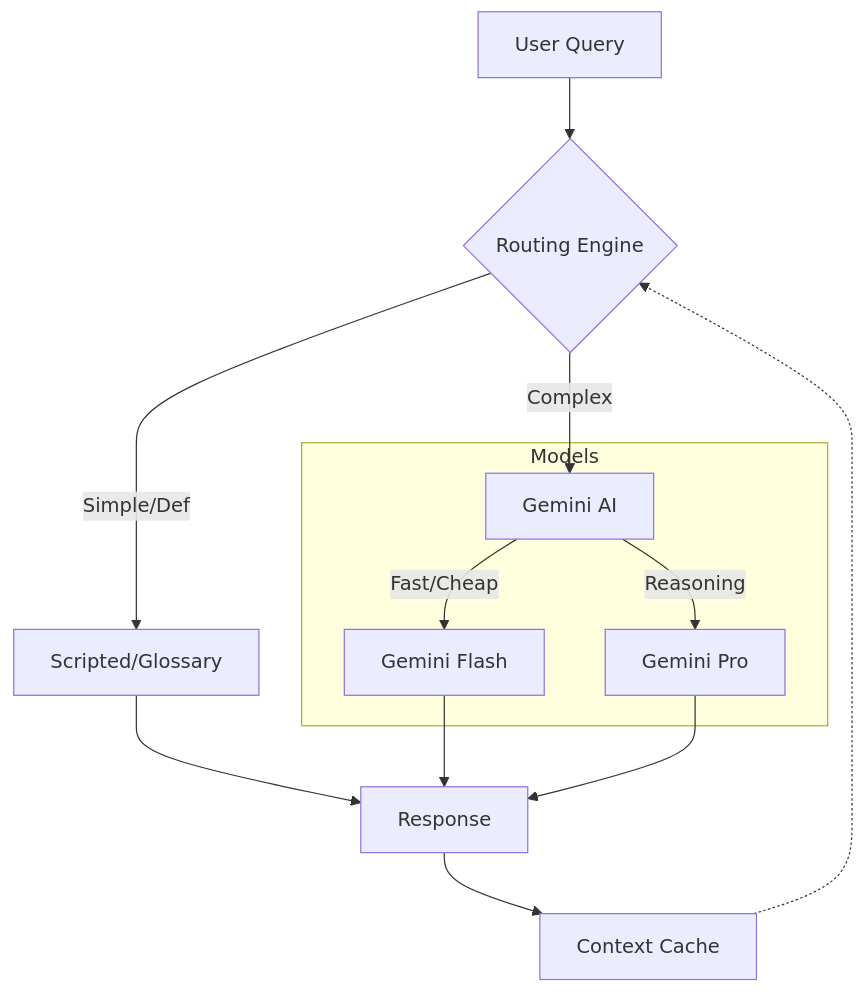
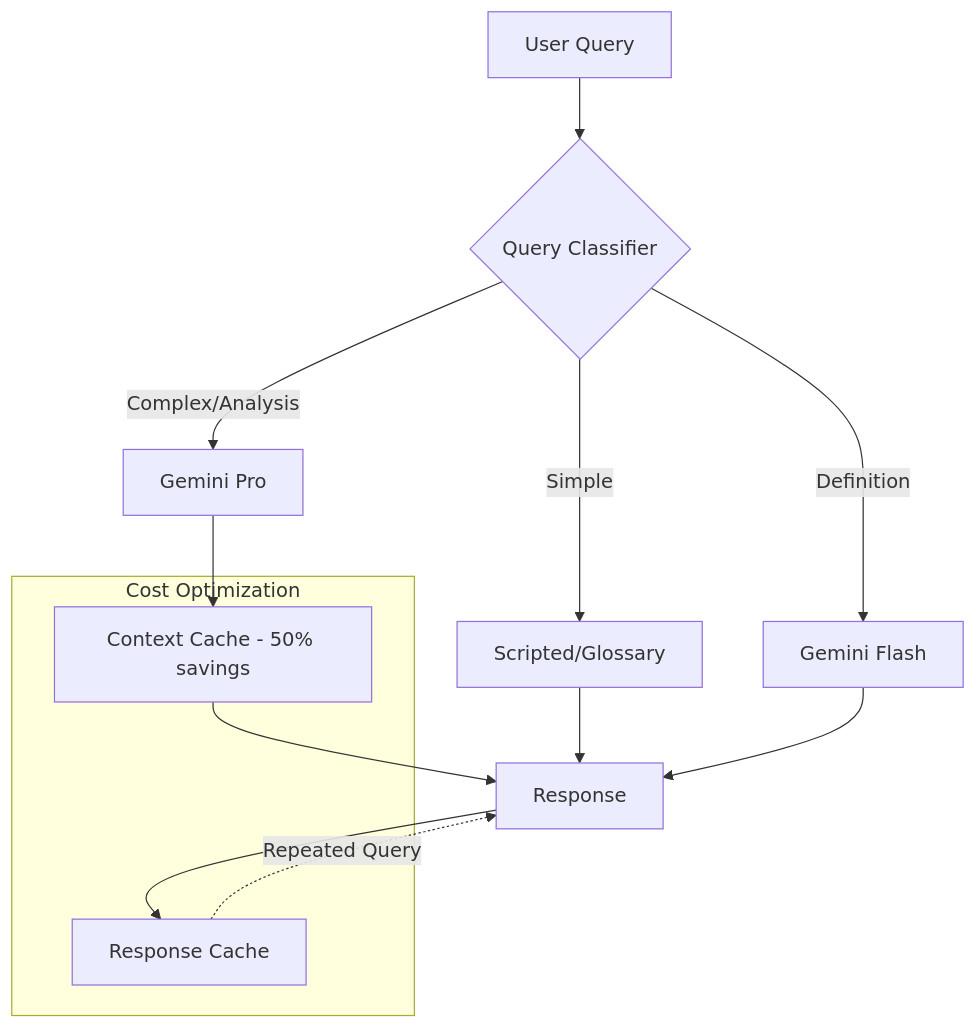
Before and after one commit to njacobs-rss/intouch: the sixth of 9 diagrams in README.md, drawn with Mermaid. The commit also changed other lines of this file and 16 other files, not shown here.

````diff
--- a/README.md
+++ b/README.md
@@ -242,19 +242,21 @@
 ```mermaid
 flowchart TD
-    Query[User Query] --> Router{Routing Engine}
+    Query[User Query] --> Classify{Query Classifier}
     
-    Router -->|Simple/Def| Script[Scripted/Glossary]
-    Router -->|Complex| AI[Gemini AI]
+    Classify -->|Simple| Script[Scripted/Glossary]
+    Classify -->|Definition| Flash[Gemini Flash]
+    Classify -->|Complex/Analysis| Pro[Gemini Pro]
     
-    subgraph Models
-        AI -->|Fast/Cheap| Flash[Gemini Flash]
-        AI -->|Reasoning| Pro[Gemini Pro]
+    subgraph Optimization [Cost Optimization]
+        Cache[Response Cache]
+        Context[Context Cache - 50% savings]
     end
     
     Script --> Response
     Flash --> Response
-    Pro --> Response
+    Pro --> Context
+    Context --> Response
     
-    Response --> Cache[Context Cache]
-    Cache -.-> Router
+    Response --> Cache
+    Cache -.->|Repeated Query| Response
 ```
````
